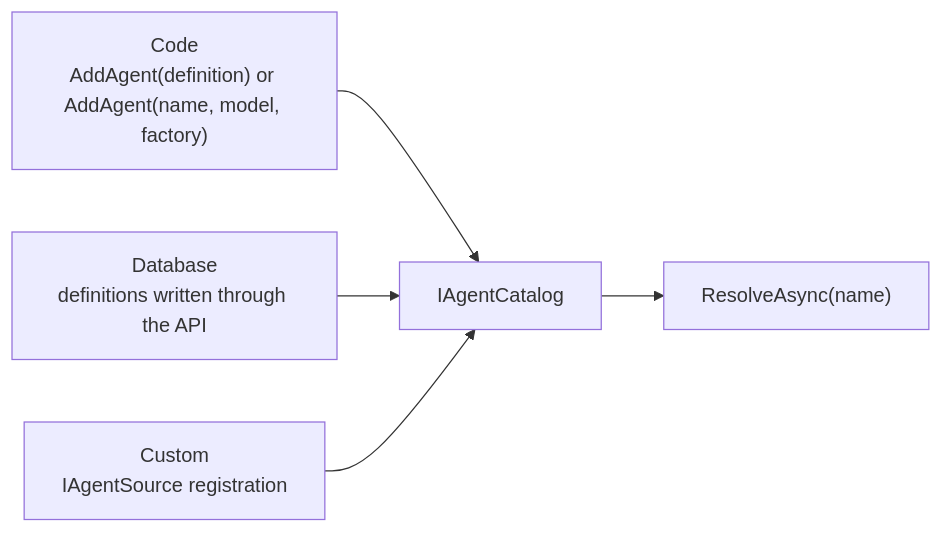
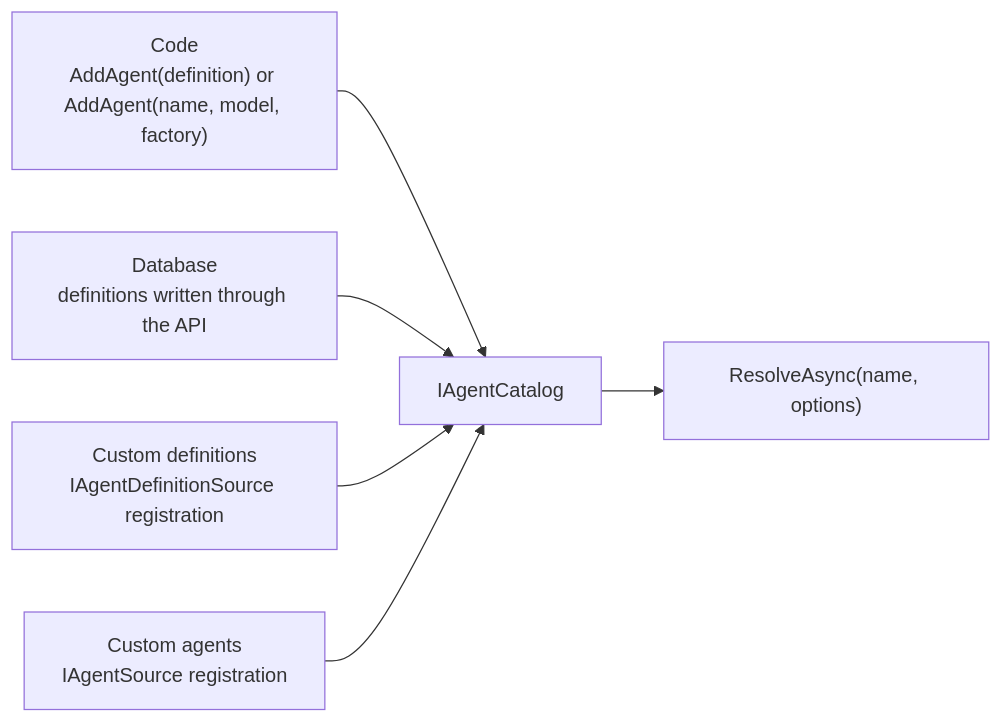
Before and after one commit to farukatasoy/Tracon: the first of 3 diagrams in docs-site/src/content/docs/concepts/agents.md, drawn with Mermaid. The commit also changed other lines of this file and 68 other files, not shown here.

Commit message:
feat(catalog): bind parameter values at resolve time and add IAgentDefinitionSource

````diff
--- a/docs-site/src/content/docs/concepts/agents.md
+++ b/docs-site/src/content/docs/concepts/agents.md
@@ -173,9 +197,10 @@
 ```mermaid
 flowchart LR
     accTitle: Agent catalog sources
-    accDescr: Code registrations, database definitions, and custom sources merge into one catalog, with lower priority values winning name collisions.
+    accDescr: Code registrations, database definitions, custom definition sources and custom agent sources merge into one catalog, with lower priority values winning name collisions.
     C["Code<br/>AddAgent(definition) or AddAgent(name, model, factory)"] --> CAT["IAgentCatalog"]
     D["Database<br/>definitions written through the API"] --> CAT
-    X["Custom<br/>IAgentSource registration"] --> CAT
-    CAT --> R["ResolveAsync(name)"]
+    G["Custom definitions<br/>IAgentDefinitionSource registration"] --> CAT
+    X["Custom agents<br/>IAgentSource registration"] --> CAT
+    CAT --> R["ResolveAsync(name, options)"]
 ```
````
